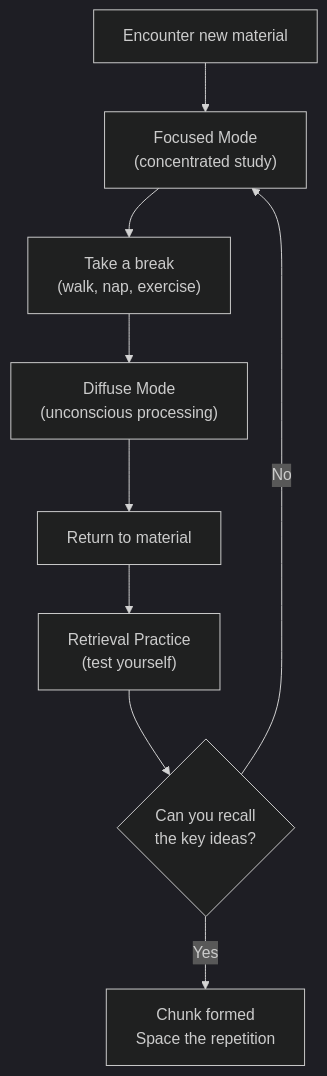
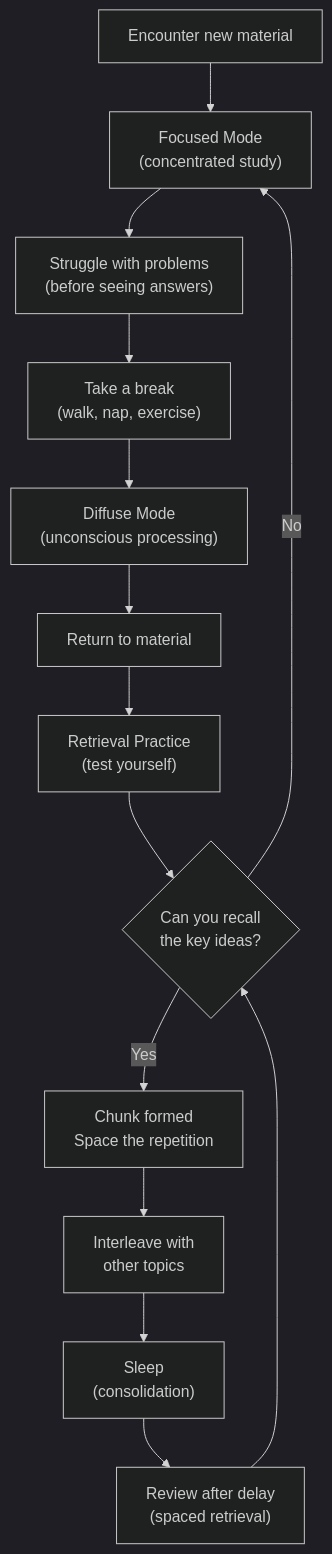
One commit to alius33/reader changed the seventh of 7 diagrams in summaries/Mindset & Self-Mastery/A Mind for Numbers - Barbara Oakley.md. Above: the diagram before and after it, drawn with Mermaid (dark theme). The commit also changed other lines of this file and 272 other files, not shown here.

````diff
--- a/summaries/Mindset & Self-Mastery/A Mind for Numbers - Barbara Oakley.md
+++ b/summaries/Mindset & Self-Mastery/A Mind for Numbers - Barbara Oakley.md
@@ -465,11 +928,16 @@
 ```mermaid
 flowchart TD
-    A["Encounter new material"] --> B["Focused Mode\n(concentrated study)"]
-    B --> C["Take a break\n(walk, nap, exercise)"]
-    C --> D["Diffuse Mode\n(unconscious processing)"]
-    D --> E["Return to material"]
-    E --> F["Retrieval Practice\n(test yourself)"]
-    F --> G{"Can you recall\nthe key ideas?"}
-    G -- "No" --> B
-    G -- "Yes" --> H["Chunk formed\nSpace the repetition"]
+    A["Encounter new material"] --> B["Focused Mode<br>(concentrated study)"]
+    B --> C["Struggle with problems<br>(before seeing answers)"]
+    C --> D["Take a break<br>(walk, nap, exercise)"]
+    D --> E["Diffuse Mode<br>(unconscious processing)"]
+    E --> F["Return to material"]
+    F --> G["Retrieval Practice<br>(test yourself)"]
+    G --> H{"Can you recall<br>the key ideas?"}
+    H -- "No" --> B
+    H -- "Yes" --> I["Chunk formed<br>Space the repetition"]
+    I --> J["Interleave with<br>other topics"]
+    J --> K["Sleep<br>(consolidation)"]
+    K --> L["Review after delay<br>(spaced retrieval)"]
+    L --> H
 ```
````
